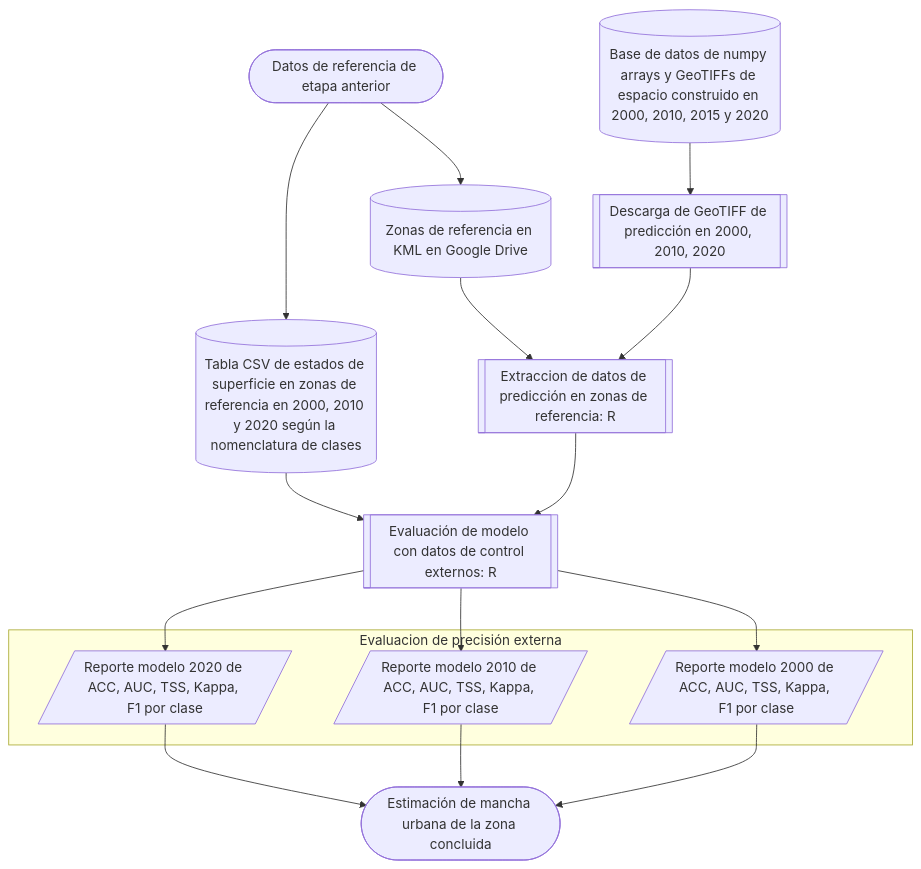
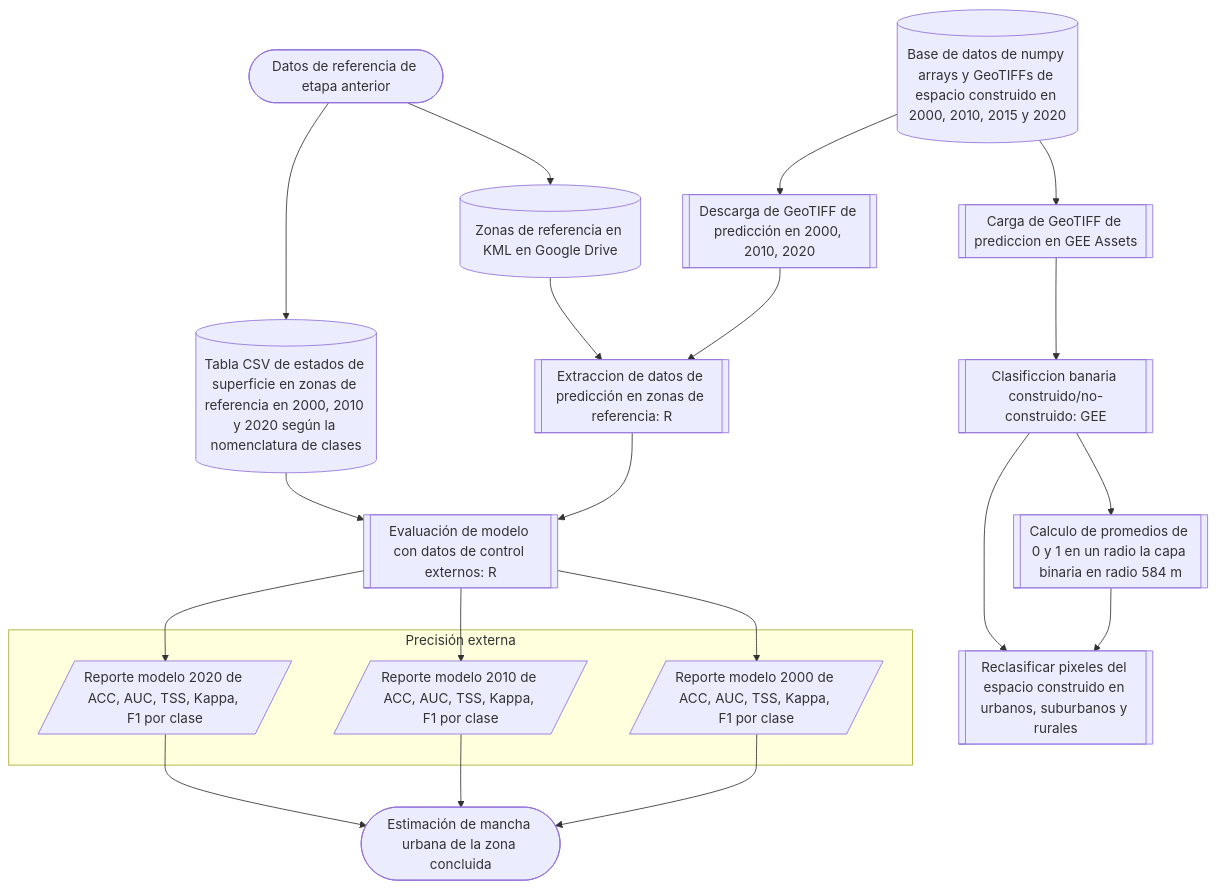
Before and after one commit to vshalisko/GEE: the diagram in AUEM/Esquemas/Esquema_de_procesos_3.mermaid, drawn with Mermaid.

```diff
--- a/AUEM/Esquemas/Esquema_de_procesos_3.mermaid
+++ b/AUEM/Esquemas/Esquema_de_procesos_3.mermaid
@@ -1,28 +1,35 @@
 flowchart TD
-  subgraph s1["Evaluacion de precisión externa"]
+  subgraph s1["Precisión externa"]
     Z8A[/Reporte modelo 2020 de ACC, AUC, TSS, Kappa, F1 por clase/]
     Z8B[/Reporte modelo 2010 de ACC, AUC, TSS, Kappa, F1 por clase/]
     Z8C[/Reporte modelo 2000 de ACC, AUC, TSS, Kappa, F1 por clase/]
   end
 
   START2([Datos de referencia de etapa anterior])
   START2-->B6
   START2-->B8
 
   B6[(Zonas de referencia en KML en Google Drive)]
   B6-->Z6
   B8[(Tabla CSV de estados de superficie en zonas de referencia en 2000, 2010 y 2020 según la nomenclatura de clases)]
   B8-->Z7
 
   Z4[(Base de datos de numpy arrays y GeoTIFFs de espacio construido en 2000, 2010, 2015 y 2020)]-->Z5
+  Z4-->Z5A
   Z5[[Descarga de GeoTIFF de predicción en 2000, 2010, 2020]]-->Z6
+  Z5A[[Carga de GeoTIFF de prediccion en GEE Assets]]-->CLASS1
 
   Z6[[Extraccion de datos de predicción en zonas de referencia: R]]-->Z7
   Z7[[Evaluación de modelo con datos de control externos: R]]-->Z8A
   Z7-->Z8B
   Z7-->Z8C
   Z8A-->END
   Z8B-->END
   Z8C-->END
 
   END([Estimación de mancha urbana de la zona concluida])
+
+  CLASS1[[Clasificcion banaria construido/no-construido: GEE]]-->CLASS2
+  CLASS1-->CLASS3
+  CLASS2[[Calculo de promedios de 0 y 1 en un radio la capa binaria en radio 584 m]]-->CLASS3
+  CLASS3[[Reclasificar pixeles del espacio construido en urbanos, suburbanos y rurales]]
```
